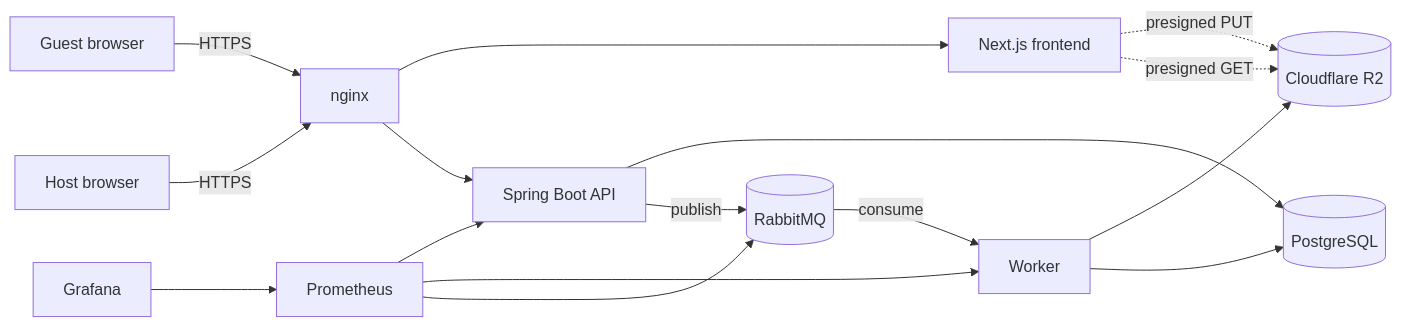
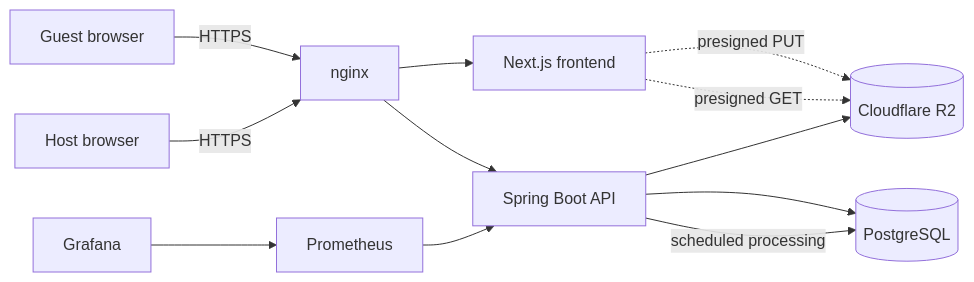
Before and after one commit to mudabs/EventShare: the diagram in README.md, drawn with Mermaid. The commit also changed other lines of this file and 9 other files, not shown here.

````diff
--- a/README.md
+++ b/README.md
@@ -29,18 +28,14 @@
 ```mermaid
 flowchart LR
   Guest[Guest browser] -->|HTTPS| NG[nginx]
   Host[Host browser] -->|HTTPS| NG
   NG --> FE[Next.js frontend]
   NG --> API[Spring Boot API]
   FE -. presigned PUT .-> R2[(Cloudflare R2)]
   FE -. presigned GET .-> R2
   API --> PG[(PostgreSQL)]
-  API -->|publish| MQ[(RabbitMQ)]
-  MQ -->|consume| WK[Worker]
-  WK --> R2
-  WK --> PG
+  API -->|scheduled processing| PG
+  API --> R2
   PROM[Prometheus] --> API
-  PROM --> WK
-  PROM --> MQ
   GRAF[Grafana] --> PROM
 ```
````
